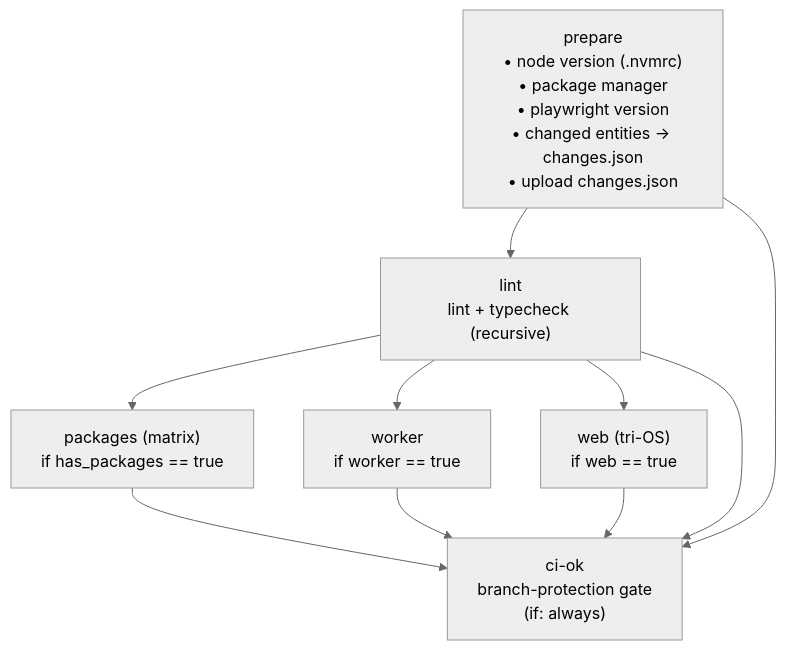
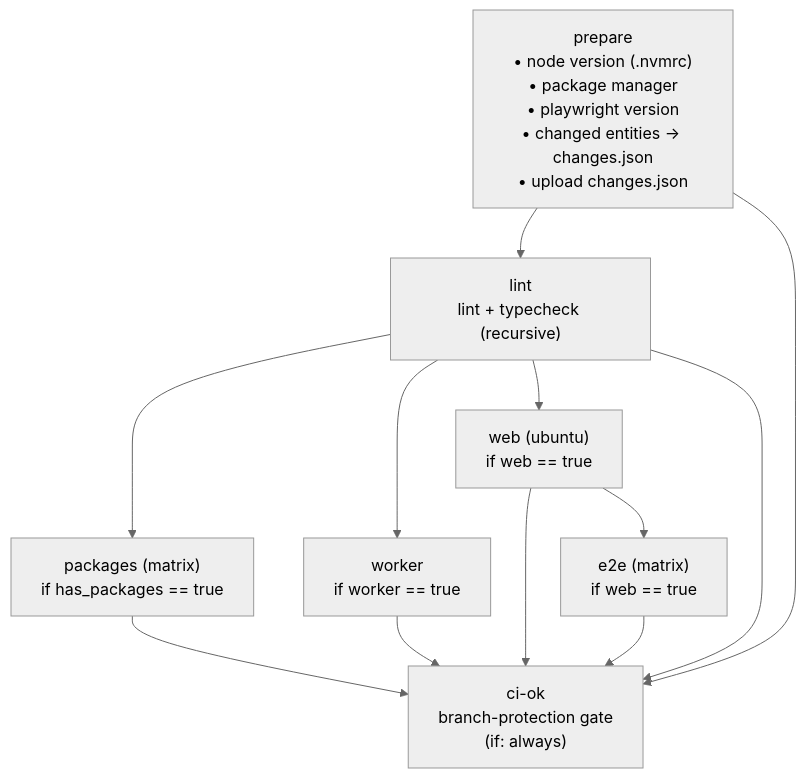
One commit to soroush-tech/core changed the second of 6 diagrams in .github/workflows/README.md. Above: the diagram before and after it, drawn with Mermaid (neutral theme). The commit also changed other lines of this file and 3 other files, not shown here.

First line of the commit message:
refactor(CI): run web on ubuntu-only and split E2E into a web-gated matrix job - close #263

````diff
--- a/.github/workflows/README.md
+++ b/.github/workflows/README.md
@@ -60,19 +60,22 @@
 ```mermaid
 flowchart TD
     prepare["prepare<br/>• node version (.nvmrc)<br/>• package manager<br/>• playwright version<br/>• changed entities → changes.json<br/>• upload changes.json"]
     lint["lint<br/>lint + typecheck (recursive)"]
     packages["packages (matrix)<br/>if has_packages == true"]
     worker["worker<br/>if worker == true"]
-    web["web (tri-OS)<br/>if web == true"]
+    web["web (ubuntu)<br/>if web == true"]
+    e2e["e2e (matrix)<br/>if web == true"]
     ciok["ci-ok<br/>branch-protection gate<br/>(if: always)"]
 
     prepare --> lint
     lint --> packages
     lint --> worker
     lint --> web
+    web --> e2e
     packages --> ciok
     worker --> ciok
     web --> ciok
+    e2e --> ciok
     lint --> ciok
     prepare --> ciok
 ```
````
